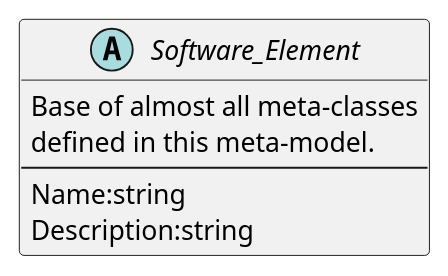
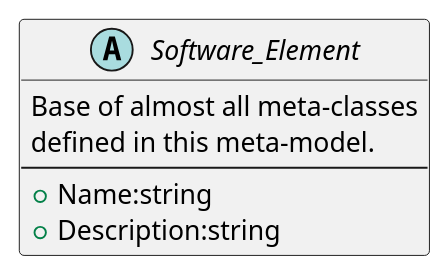
One commit to HomeMadeBots/Embedded_Software_Meta_Model changed the diagram in Meta-Classes/Software_Element.puml. Above: the diagram before and after it, drawn with PlantUML. The commit also changed 8 other files, not shown here.

```diff
--- a/Meta-Classes/Software_Element.puml
+++ b/Meta-Classes/Software_Element.puml
@@ -1,12 +1,12 @@
 @startuml
 
 abstract class Software_Element
 {
   Base of almost all meta-classes
   defined in this meta-model.
   --
-  Name:string
-  Description:string
+  + Name:string
+  + Description:string
 }
 
 @enduml
```
